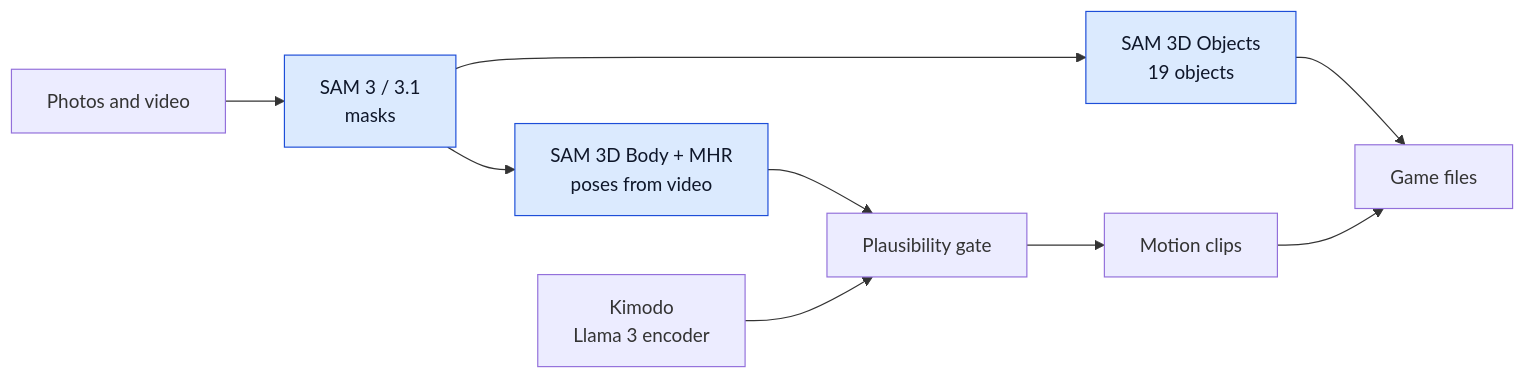
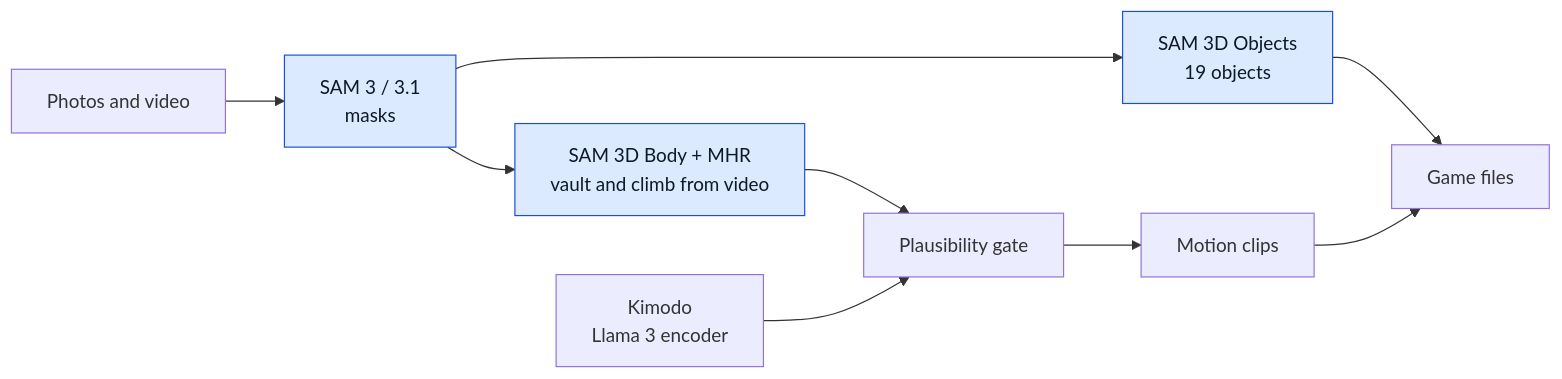
One commit to gitgithan/conquercourse changed the eighth of 8 diagrams in README.md. Above: the diagram before and after it, drawn with Mermaid. The commit also changed other lines of this file and 2 other files, not shown here.

First line of the commit message:
Docs: SAM 3D Body made 2 of 12 clips (vault, climb); run, leap, hang are CMU; Kimodo made roll and slide - Part of CC-133

````diff
--- a/README.md
+++ b/README.md
@@ -443,13 +443,13 @@
 ```mermaid
 flowchart LR
   A["Photos and video"] --> B["SAM 3 / 3.1<br/>masks"]
   B --> C["SAM 3D Objects<br/>19 objects"]
-  B --> D["SAM 3D Body + MHR<br/>poses from video"]
+  B --> D["SAM 3D Body + MHR<br/>vault and climb from video"]
   D --> E["Plausibility gate"]
   F["Kimodo<br/>Llama 3 encoder"] --> E
   E --> G["Motion clips"]
   C --> H["Game files"]
   G --> H
   classDef meta fill:#dbeafe,stroke:#1d4ed8,color:#0f172a;
   class B,C,D meta;
 ```
````
